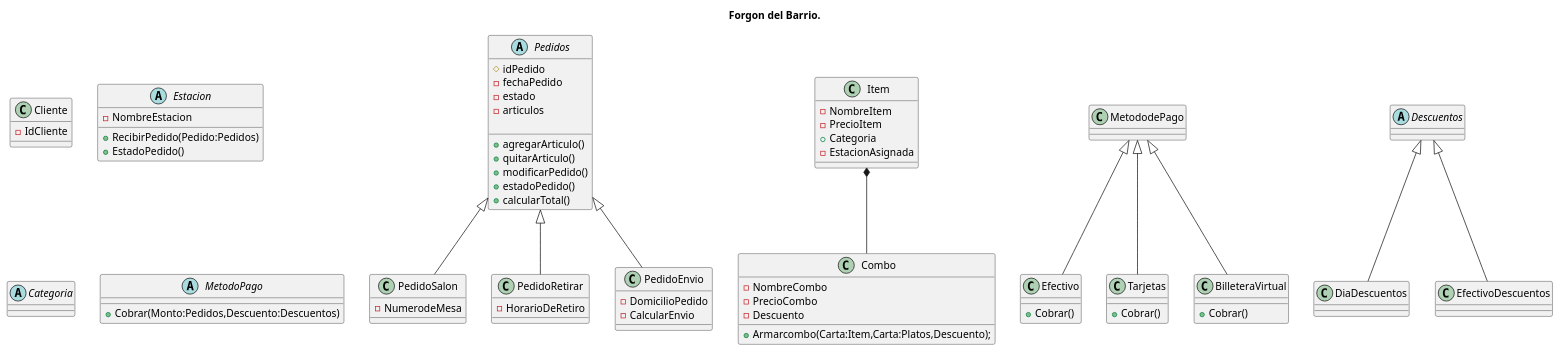
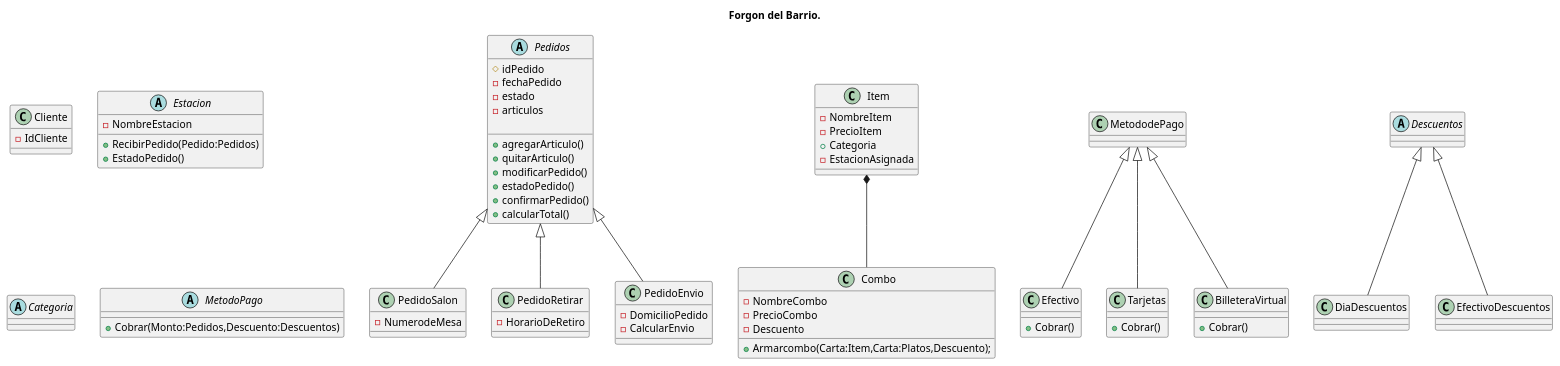
Before and after one commit to biglierilaram/Trabajo_Practico_Prog2: the diagram in Diagrama del TP/Restaurante.puml, drawn with PlantUML.

Commit message:
Actualización mínima del diagrama de clases que no me había subido.

```diff
--- a/Diagrama del TP/Restaurante.puml
+++ b/Diagrama del TP/Restaurante.puml
@@ -1,134 +1,135 @@
 @startuml
 
 title Forgon del Barrio.
 
 class Cliente{
 - IdCliente
 }
 ' Incluí IdCliente y sacaria -nombre y -apellido, no me interesan, dejo solo un # de cliente
 ' Relacion Cliente pedido (asociacion, 1 cliente varios pedidos)
 
 abstract class Pedidos{
 #idPedido
 -fechaPedido
 -estado
 -articulos
  
 +agregarArticulo()
 +quitarArticulo()
 +modificarPedido()
 +estadoPedido()
++confirmarPedido()
 +calcularTotal()
 }
-'Agrego Estado (en proparacion, listo, entregado)
+'Agrego Estado (pendiente, en proparacion, listo, entregado)
 'Saco -TipoDePedido() ya que son las clases que heredan
 
 
 ' Relaciones
 Pedidos <|-- PedidoSalon
 Pedidos <|-- PedidoRetirar
 Pedidos <|--PedidoEnvio
 
 class PedidoSalon{
 -NumerodeMesa
 }
 
 class PedidoRetirar{
 -HorarioDeRetiro
 }
 
 class PedidoEnvio{
 -DomicilioPedido
 -CalcularEnvio
 }
 'Agrego calcular envio
 'Saco modificar pedido de las clases heredadas ya que lo hace la clase pedidos
 
 ' CADETE QUE ES? TIENE OBRA SOCIAL?
 
 
 
 
 abstract class Estacion{
 
 -NombreEstacion
 
 +RecibirPedido(Pedido:Pedidos)
 +EstadoPedido()
 
 }
 ' TENEMOS QUE VER COMO PORONGA ESTABLECER EL ESTADO DEL PEDIDO
 ' AVERIGUAR SI LOS TIPOS DE ESTACIONES SON HIJOS O ALGO DE ESTACION
 
 
 
 
 
 
 
 
 
 
 'NO SI SI VA
 abstract class Categoria{
 
 }
 
 class Item{
 
 -NombreItem
 -PrecioItem
 +Categoria
 -EstacionAsignada
 
 }
 
 class Combo{
 -NombreCombo
 -PrecioCombo
 -Descuento
 + Armarcombo(Carta:Item,Carta:Platos,Descuento);
 }
 
 'Relacion
 Item 	*-- Combo
 
 
 abstract class MetodoPago{
 +Cobrar(Monto:Pedidos,Descuento:Descuentos)
 }
 
 class Efectivo{
 +Cobrar()
 }
 
 class Tarjetas{
 +Cobrar()
 }
 
 class BilleteraVirtual{
 +Cobrar()
 }
 'Relacion
 MetododePago <|-- Efectivo
 MetododePago <|-- Tarjetas
 MetododePago <|-- BilleteraVirtual
 
 
 
 'DEFINIR COMO ELEGIR QUE DESCUENTO APLICAR
 abstract class Descuentos{
 }
 
 class DiaDescuentos{
 }
 
 class EfectivoDescuentos{
 }
 
 Descuentos <|-- DiaDescuentos
 Descuentos <|-- EfectivoDescuentos
 
 
 
 @enduml
```
